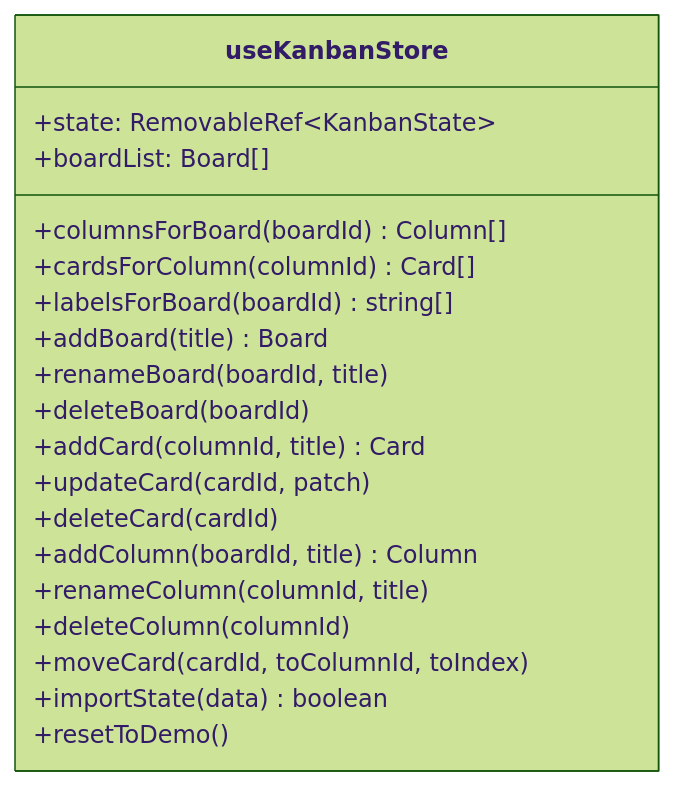
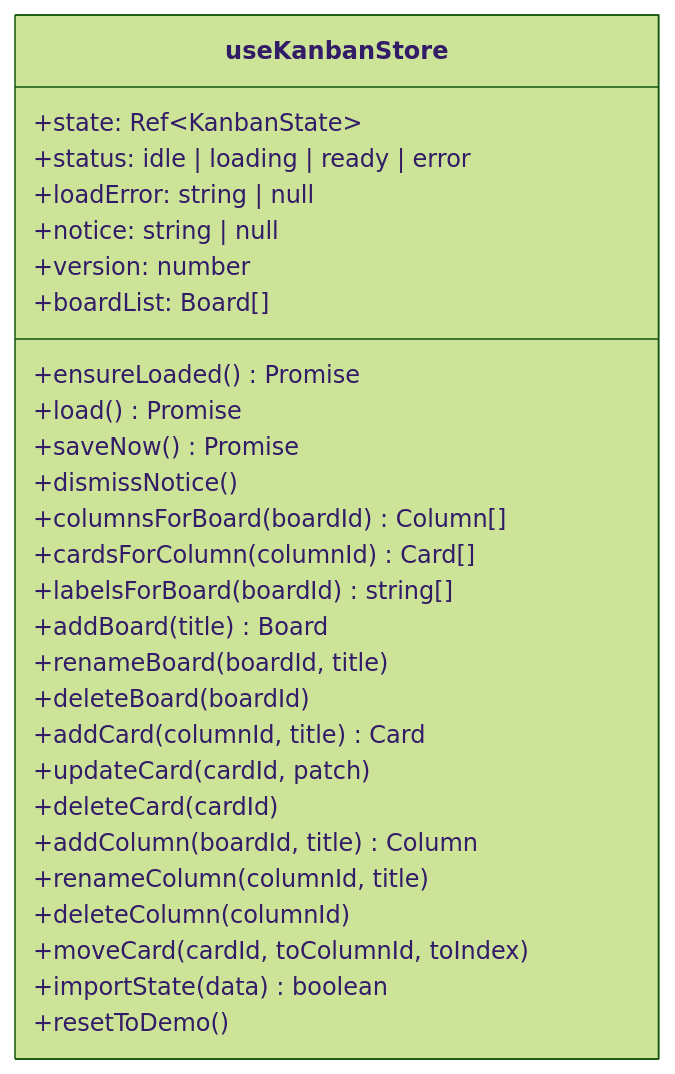
The seventh of 15 diagrams in docs/architecture.md (0quasarquantum0/Kanban_Vue), drawn with Mermaid (forest theme) before and after one commit. The commit also changed other lines of this file and 16 other files, not shown here.

````diff
--- a/docs/architecture.md
+++ b/docs/architecture.md
@@ -180,22 +180,30 @@
 ```mermaid
 classDiagram
   class useKanbanStore {
-    +state: RemovableRef~KanbanState~
+    +state: Ref~KanbanState~
+    +status: idle | loading | ready | error
+    +loadError: string | null
+    +notice: string | null
+    +version: number
+    +ensureLoaded() Promise
+    +load() Promise
+    +saveNow() Promise
+    +dismissNotice()
     +boardList: Board[]
     +columnsForBoard(boardId) Column[]
     +cardsForColumn(columnId) Card[]
     +labelsForBoard(boardId) string[]
     +addBoard(title) Board
     +renameBoard(boardId, title)
     +deleteBoard(boardId)
     +addCard(columnId, title) Card
     +updateCard(cardId, patch)
     +deleteCard(cardId)
     +addColumn(boardId, title) Column
     +renameColumn(columnId, title)
     +deleteColumn(columnId)
     +moveCard(cardId, toColumnId, toIndex)
     +importState(data) boolean
     +resetToDemo()
   }
 ```
````
